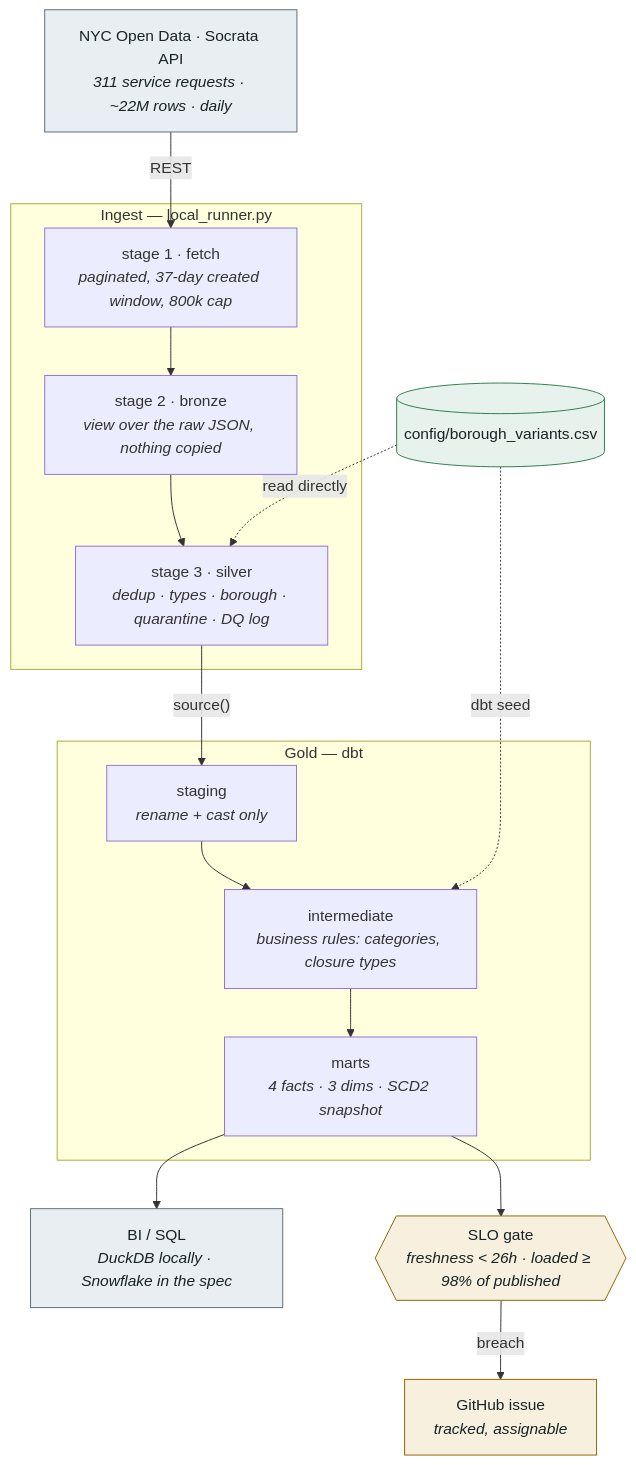
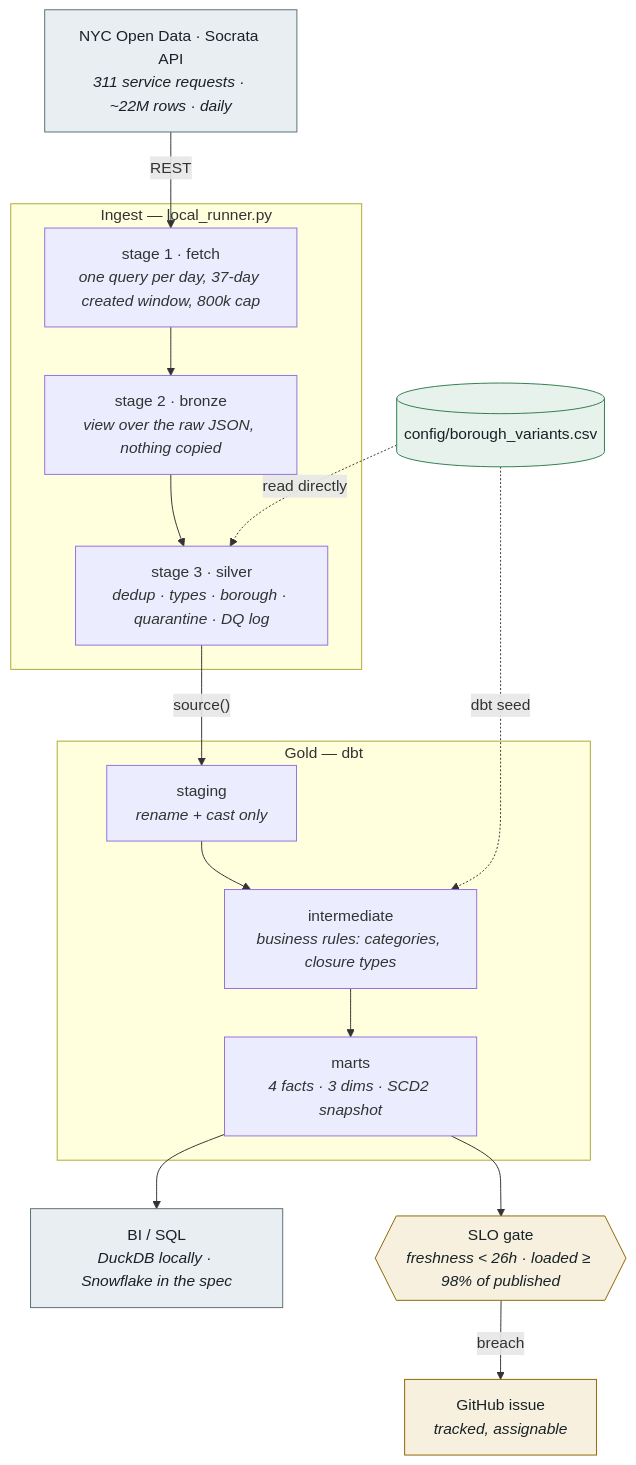
The diagram in docs/ARCHITECTURE.md (mcarter100k/nyc311-data-platform), drawn with Mermaid before and after one commit. The commit also changed other lines of this file and 6 other files, not shown here.

First line of the commit message:
Fetch the live window one day per query (#74)

````diff
--- a/docs/ARCHITECTURE.md
+++ b/docs/ARCHITECTURE.md
@@ -9,34 +9,34 @@
 ```mermaid
 flowchart TD
     API["NYC Open Data · Socrata API<br/><i>311 service requests · ~22M rows · daily</i>"]
 
     subgraph INGEST["Ingest — local_runner.py"]
-        S1["stage 1 · fetch<br/><i>paginated, 37-day created window, 800k cap</i>"]
+        S1["stage 1 · fetch<br/><i>one query per day, 37-day created window, 800k cap</i>"]
         S2["stage 2 · bronze<br/><i>view over the raw JSON, nothing copied</i>"]
         S3["stage 3 · silver<br/><i>dedup · types · borough · quarantine · DQ log</i>"]
     end
 
     subgraph GOLD["Gold — dbt"]
         STG["staging<br/><i>rename + cast only</i>"]
         INT["intermediate<br/><i>business rules: categories, closure types</i>"]
         MRT["marts<br/><i>4 facts · 3 dims · SCD2 snapshot</i>"]
     end
 
     OUT["BI / SQL<br/><i>DuckDB locally · Snowflake in the spec</i>"]
     SLO{{"SLO gate<br/><i>freshness &lt; 26h · loaded ≥ 98% of published</i>"}}
 
     API -->|"REST"| S1 --> S2 --> S3
     S3 -->|"source()"| STG --> INT --> MRT --> OUT
     MRT --> SLO
     SLO -->|"breach"| ISSUE["GitHub issue<br/><i>tracked, assignable</i>"]
 
     CFG[("config/borough_variants.csv")] -.->|"read directly"| S3
     CFG -.->|"dbt seed"| INT
 
     classDef ext fill:#e8eef2,stroke:#5A6E74,color:#182226
     classDef gate fill:#f7f0de,stroke:#8F6400,color:#182226
     classDef cfg fill:#e6f2eb,stroke:#2E7D4F,color:#182226
     class API,OUT ext
     class SLO,ISSUE gate
     class CFG cfg
 ```
````
